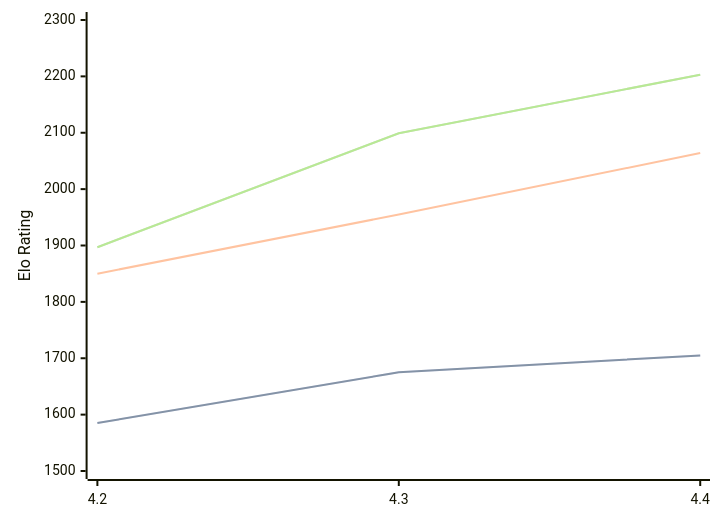
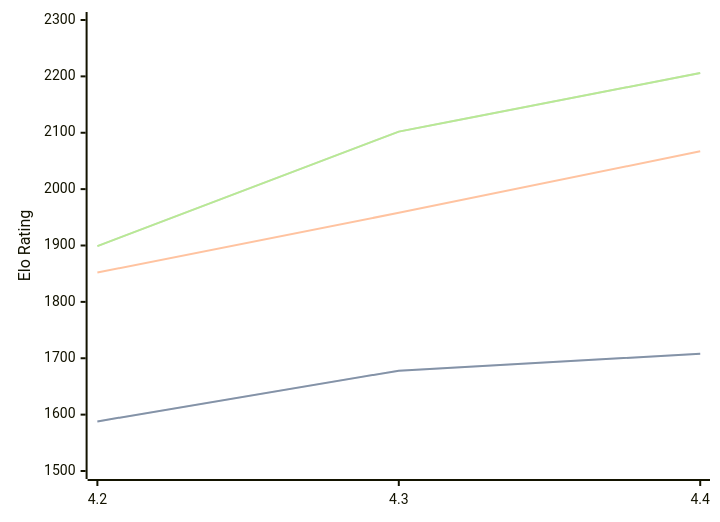
One commit to computer-chess-index/cci changed the diagram in engines/Radiance.md. Above: the diagram before and after it, drawn with Mermaid. The commit also changed other lines of this file, not shown here.

Commit message:
Update CCI Ratings (ELO VLTC) - 2026-09-24

````diff
--- a/engines/Radiance.md
+++ b/engines/Radiance.md
@@ -33,11 +33,11 @@
 ```mermaid
 %%{init: {"theme":"base","themeVariables":{"seriesColors:['#a3a3a3','#222221','#faa371']}}}%%
 xychart-beta
   x-axis ["4.2", "4.3", "4.4"]
   y-axis "Elo Rating" 1500 --> 2300
-  line "" [1585, 1675, 1705]
-  line "STC (8.0+0.08s)" [1585, 1675, 1705]
-  line "LTC (60.0+0.60s)" [1850, 1955, 2064]
-  line "" [1897, 2099, 2203]
-  line "VLTC (2m24s+1.12s)" [1897, 2099, 2203]
+  line "" [1588, 1678, 1708]
+  line "STC (8.0+0.08s)" [1588, 1678, 1708]
+  line "LTC (60.0+0.60s)" [1852, 1958, 2067]
+  line "" [1899, 2102, 2206]
+  line "VLTC (2m24s+1.12s)" [1899, 2102, 2206]
 ```
````
